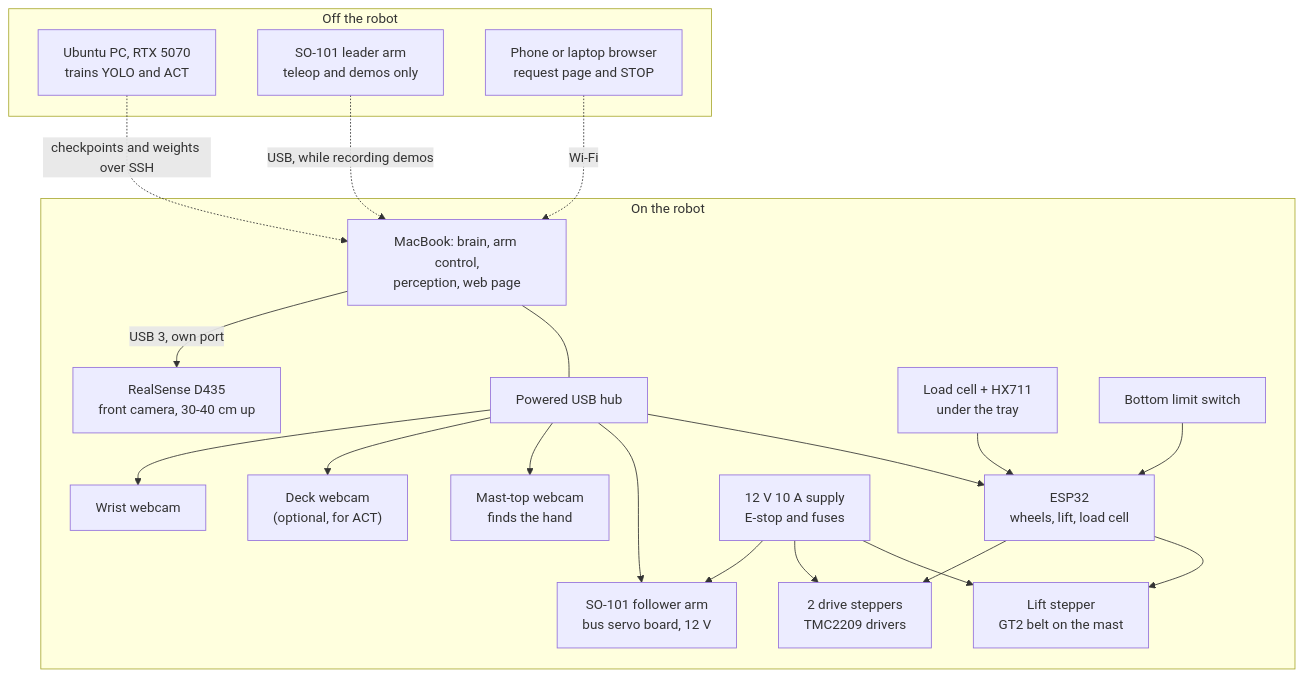
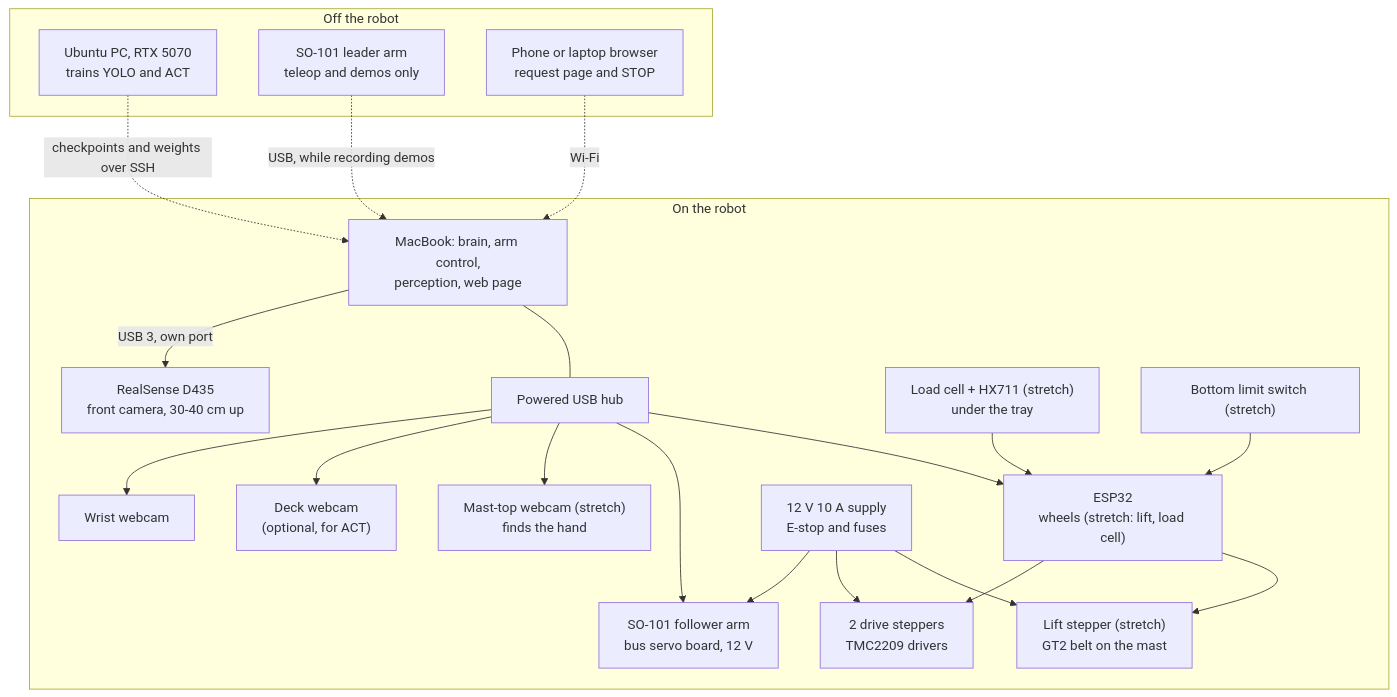
The third of 12 diagrams in plan.md (aarooshpravici/AutoPick-CalHacks), drawn with Mermaid before and after one commit. The commit also changed other lines of this file, not shown here.

First line of the commit message:
Plan: hour-6 re-plan, arm hands the object over, lift becomes stretch

````diff
--- a/plan.md
+++ b/plan.md
@@ -120,40 +121,40 @@
 ```mermaid
 flowchart TB
     subgraph OFF["Off the robot"]
         PC["Ubuntu PC, RTX 5070<br/>trains YOLO and ACT"]
         LEADER["SO-101 leader arm<br/>teleop and demos only"]
         BROWSER["Phone or laptop browser<br/>request page and STOP"]
     end
     subgraph ROBOT["On the robot"]
         MAC["MacBook: brain, arm control,<br/>perception, web page"]
         HUB["Powered USB hub"]
         RS["RealSense D435<br/>front camera, 30-40 cm up"]
         WRIST["Wrist webcam"]
         SCENE["Deck webcam<br/>(optional, for ACT)"]
-        TOP["Mast-top webcam<br/>finds the hand"]
+        TOP["Mast-top webcam (stretch)<br/>finds the hand"]
         ARM["SO-101 follower arm<br/>bus servo board, 12 V"]
-        ESP["ESP32<br/>wheels, lift, load cell"]
+        ESP["ESP32<br/>wheels (stretch: lift, load cell)"]
         DRV["2 drive steppers<br/>TMC2209 drivers"]
-        LIFT["Lift stepper<br/>GT2 belt on the mast"]
-        LOAD["Load cell + HX711<br/>under the tray"]
-        LIM["Bottom limit switch"]
+        LIFT["Lift stepper (stretch)<br/>GT2 belt on the mast"]
+        LOAD["Load cell + HX711 (stretch)<br/>under the tray"]
+        LIM["Bottom limit switch (stretch)"]
         PWR["12 V 10 A supply<br/>E-stop and fuses"]
     end
     MAC -->|"USB 3, own port"| RS
     MAC --- HUB
     HUB --> WRIST
     HUB --> SCENE
     HUB --> TOP
     HUB --> ARM
     HUB --> ESP
     ESP --> DRV
     ESP --> LIFT
     LOAD --> ESP
     LIM --> ESP
     PWR --> ARM
     PWR --> DRV
     PWR --> LIFT
     PC -.->|"checkpoints and weights over SSH"| MAC
     LEADER -.->|"USB, while recording demos"| MAC
     BROWSER -.->|"Wi-Fi"| MAC
 ```
````
